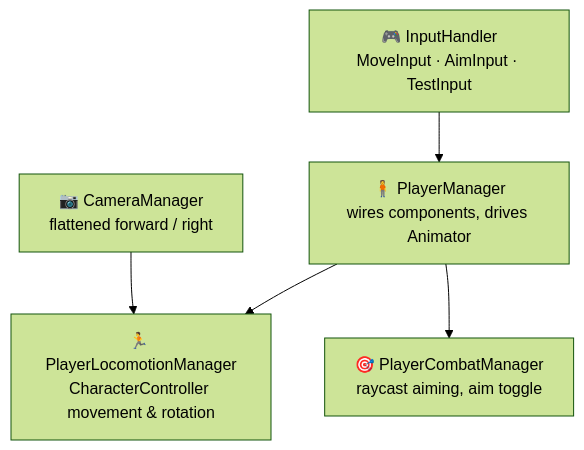
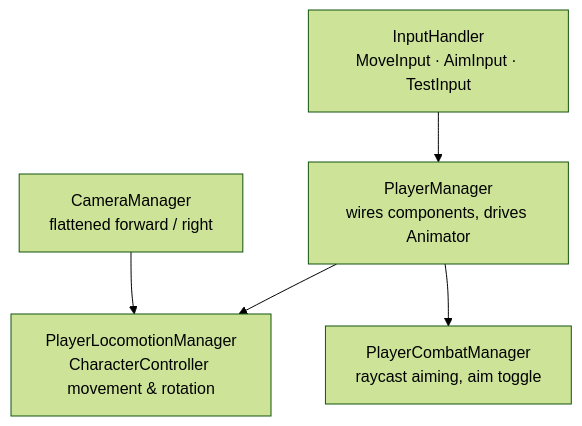
One commit to ygokdogan/ProjectTDS changed the diagram in README.md. Above: the diagram before and after it, drawn with Mermaid (forest theme). The commit also changed other lines of this file, not shown here.

````diff
--- a/README.md
+++ b/README.md
@@ -44,7 +44,7 @@
 ```mermaid
 flowchart TD
-    IH[🎮 InputHandler<br>MoveInput · AimInput · TestInput] --> PM
-    PM[🧍 PlayerManager<br>wires components, drives Animator] --> LM[🏃 PlayerLocomotionManager<br>CharacterController movement & rotation]
-    PM --> CM[🎯 PlayerCombatManager<br>raycast aiming, aim toggle]
-    CAM[📷 CameraManager<br>flattened forward / right] --> LM
+    IH[InputHandler<br>MoveInput · AimInput · TestInput] --> PM
+    PM[PlayerManager<br>wires components, drives Animator] --> LM[PlayerLocomotionManager<br>CharacterController movement & rotation]
+    PM --> CM[PlayerCombatManager<br>raycast aiming, aim toggle]
+    CAM[CameraManager<br>flattened forward / right] --> LM
 ```
````
